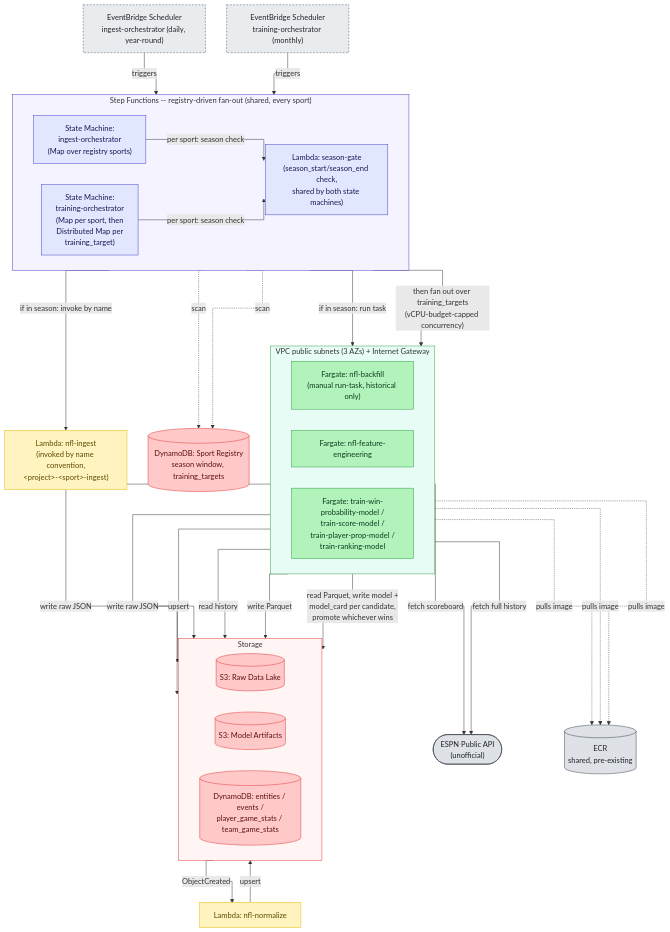
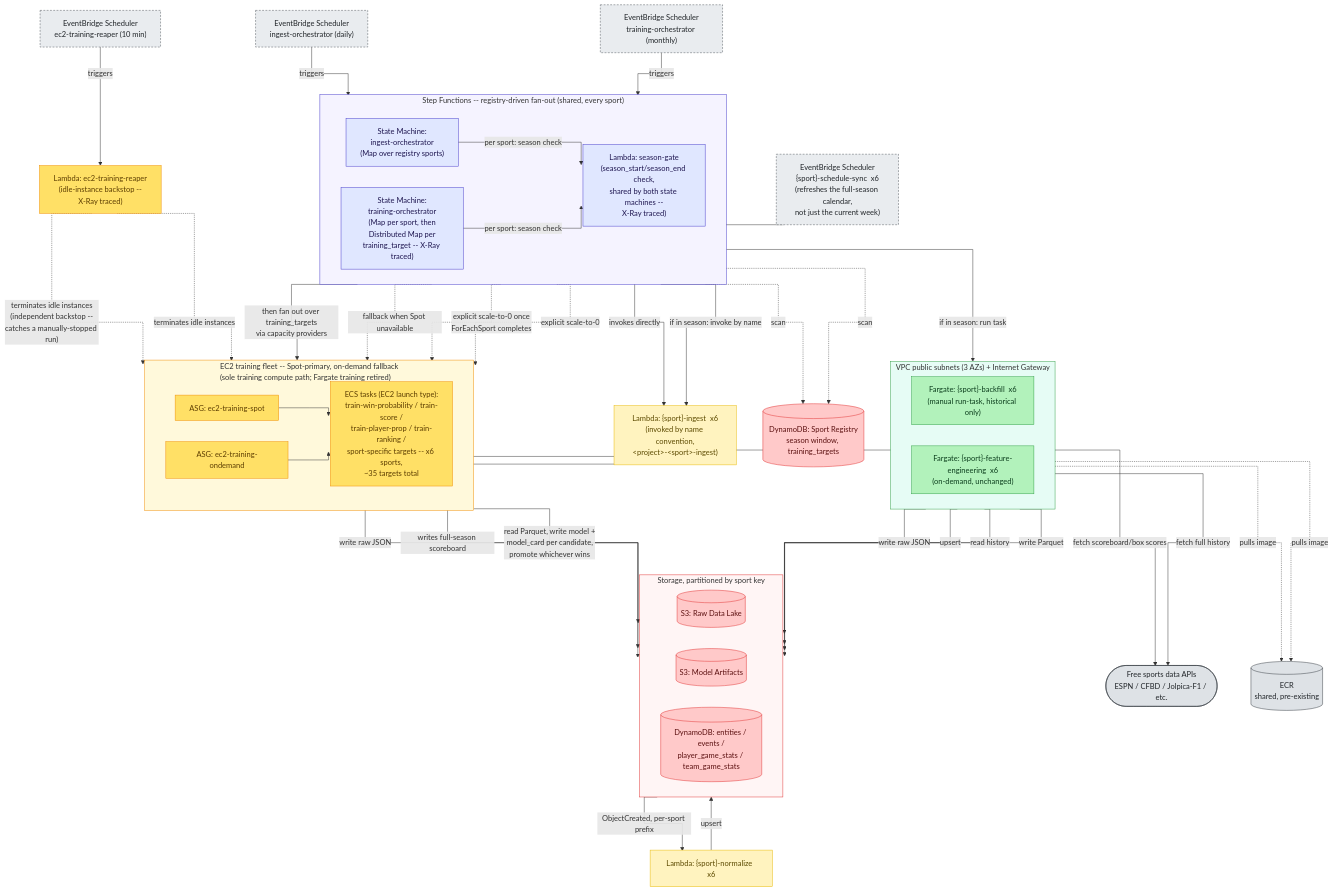
Before and after one commit to Programming-For-the-Community/sports-predictor: the diagram in design/AWS_ARCHITECTURE_PIPELINE.mmd, drawn with Mermaid. The commit also changed 20 other files, not shown here.

```diff
--- a/design/AWS_ARCHITECTURE_PIPELINE.mmd
+++ b/design/AWS_ARCHITECTURE_PIPELINE.mmd
@@ -1,90 +1,115 @@
 %%{init: {'flowchart': {'curve': 'stepAfter', 'nodeSpacing': 45, 'rankSpacing': 65}}}%%
-%% sports-predictor -- scheduled data pipeline (NFL, Phase 1 adapter shown;
-%% ingest/training ORCHESTRATION itself is shared/registry-driven across
-%% every onboarded sport as of Phase 4, pulled forward ahead of Phase 2/3 --
-%% see design/PROJECT_PLAN.md's Phase 4 section and sfn-ingest-orchestrator.tf
-%% / sfn-training-orchestrator.tf). Companion diagram
-%% design/AWS_ARCHITECTURE.mmd covers the client request path. See
-%% docs/AWS_ARCHITECTURE.md for the full walkthrough and legend -- this
+%% sports-predictor -- scheduled data pipeline, registry-driven and shared
+%% across every onboarded sport (NFL, NCAA FB, NBA, NCAA MBB, PGA Tour, F1
+%% -- all 6 flow through both orchestrators identically, so per-sport
+%% Lambdas/tasks are drawn once per TYPE with a "x6" annotation rather
+%% than 36 near-identical nodes). Companion diagrams:
+%% design/AWS_ARCHITECTURE.mmd (client request path),
+%% design/AWS_ARCHITECTURE_OBSERVABILITY.mmd (dashboards/alarms/tracing).
+%% See docs/AWS_ARCHITECTURE.md for the full walkthrough and legend -- this
 %% file is the single source of truth for this diagram; the doc links here
 %% and embeds a generated image rather than duplicating this source
 %% (regenerate the image after editing this file -- see the doc's own
 %% comment for the exact command).
 %% Solid arrows = data flow / invocation. Dotted arrows = supporting,
-%% non-data-flow dependency (container image pull, registry read).
+%% non-data-flow dependency (container image pull, registry read, scale-
+%% down/reap action).
 flowchart TD
-    SCHIN["EventBridge Scheduler<br/>ingest-orchestrator (daily, year-round)"]
+    SCHIN["EventBridge Scheduler<br/>ingest-orchestrator (daily)"]
     SCHTRAIN["EventBridge Scheduler<br/>training-orchestrator (monthly)"]
+    SCHSYNC["EventBridge Scheduler<br/>{sport}-schedule-sync  x6<br/>(refreshes the full-season calendar,<br/>not just the current week)"]
+    SCHREAP["EventBridge Scheduler<br/>ec2-training-reaper (10 min)"]
     REG[("DynamoDB: Sport Registry<br/>season window, training_targets")]
 
     subgraph SFNBox["Step Functions -- registry-driven fan-out (shared, every sport)"]
         direction LR
         SFNINGEST["State Machine:<br/>ingest-orchestrator<br/>(Map over registry sports)"]
-        SFNTRAIN["State Machine:<br/>training-orchestrator<br/>(Map per sport, then<br/>Distributed Map per<br/>training_target)"]
-        SEASONGATE["Lambda: season-gate<br/>(season_start/season_end check,<br/>shared by both state machines)"]
+        SFNTRAIN["State Machine:<br/>training-orchestrator<br/>(Map per sport, then<br/>Distributed Map per<br/>training_target -- X-Ray traced)"]
+        SEASONGATE["Lambda: season-gate<br/>(season_start/season_end check,<br/>shared by both state machines --<br/>X-Ray traced)"]
     end
 
-    INGEST["Lambda: nfl-ingest<br/>(invoked by name convention,<br/>&lt;project&gt;-&lt;sport&gt;-ingest)"]
-    NORMALIZE["Lambda: nfl-normalize"]
-    ESPN(["ESPN Public API<br/>(unofficial)"])
+    INGEST["Lambda: {sport}-ingest  x6<br/>(invoked by name convention,<br/>&lt;project&gt;-&lt;sport&gt;-ingest)"]
+    NORMALIZE["Lambda: {sport}-normalize  x6"]
+    SRC(["Free sports data APIs<br/>ESPN / CFBD / Jolpica-F1 / etc."])
     ECR[("ECR<br/>shared, pre-existing")]
 
     subgraph PubSub["VPC public subnets (3 AZs) + Internet Gateway"]
         direction LR
-        BACKFILL["Fargate: nfl-backfill<br/>(manual run-task, historical only)"]
-        FEAT["Fargate: nfl-feature-engineering"]
-        TRAIN["Fargate: train-win-probability-model /<br/>train-score-model /<br/>train-player-prop-model /<br/>train-ranking-model"]
+        BACKFILL["Fargate: {sport}-backfill  x6<br/>(manual run-task, historical only)"]
+        FEAT["Fargate: {sport}-feature-engineering  x6<br/>(on-demand, unchanged)"]
     end
 
-    subgraph StorageBox["Storage"]
+    subgraph EC2Box["EC2 training fleet -- Spot-primary, on-demand fallback<br/>(sole training compute path; Fargate training retired)"]
+        direction LR
+        ASGSPOT["ASG: ec2-training-spot"]
+        ASGOND["ASG: ec2-training-ondemand"]
+        TRAIN["ECS tasks (EC2 launch type):<br/>train-win-probability / train-score /<br/>train-player-prop / train-ranking /<br/>sport-specific targets -- x6 sports,<br/>~35 targets total"]
+    end
+    REAPER["Lambda: ec2-training-reaper<br/>(idle-instance backstop --<br/>X-Ray traced)"]
+
+    subgraph StorageBox["Storage, partitioned by sport key"]
         direction LR
         S3RAW[("S3: Raw Data Lake")]
         S3MODEL[("S3: Model Artifacts")]
         DDBCORE[("DynamoDB: entities / events /<br/>player_game_stats / team_game_stats")]
     end
 
     %% ---- Scheduled ingestion, registry-driven ----
     SCHIN -->|"triggers"| SFNINGEST
     SFNINGEST -.->|"scan"| REG
     SFNINGEST -->|"per sport: season check"| SEASONGATE
     SFNINGEST -->|"if in season: invoke by name"| INGEST
-    INGEST -->|"fetch scoreboard"| ESPN
+    INGEST -->|"fetch scoreboard/box scores"| SRC
     INGEST -->|"write raw JSON"| S3RAW
-    S3RAW -->|"ObjectCreated"| NORMALIZE
+    S3RAW -->|"ObjectCreated, per-sport prefix"| NORMALIZE
     NORMALIZE -->|"upsert"| DDBCORE
 
+    %% ---- Full-season schedule refresh, independent of daily ingest ----
+    SCHSYNC -->|"invokes directly"| INGEST
+    INGEST -->|"writes full-season scoreboard"| S3RAW
+
     %% ---- One-time historical backfill (unchanged, still manual) ----
-    BACKFILL -->|"fetch full history"| ESPN
+    BACKFILL -->|"fetch full history"| SRC
     BACKFILL -->|"write raw JSON"| S3RAW
     BACKFILL -->|"upsert"| DDBCORE
     BACKFILL -.->|"pulls image"| ECR
 
     %% ---- Scheduled training, registry-driven ----
     SCHTRAIN -->|"triggers"| SFNTRAIN
     SFNTRAIN -.->|"scan"| REG
     SFNTRAIN -->|"per sport: season check"| SEASONGATE
     SFNTRAIN -->|"if in season: run task"| FEAT
     FEAT -->|"read history"| DDBCORE
     FEAT -->|"write Parquet"| S3MODEL
-    SFNTRAIN -->|"then fan out over training_targets<br/>(vCPU-budget-capped concurrency)"| TRAIN
+    SFNTRAIN -->|"then fan out over training_targets<br/>via capacity providers"| ASGSPOT
+    SFNTRAIN -.->|"fallback when Spot unavailable"| ASGOND
+    ASGSPOT --> TRAIN
+    ASGOND --> TRAIN
     TRAIN -->|"read Parquet, write model +<br/>model_card per candidate,<br/>promote whichever wins"| S3MODEL
+    SFNTRAIN -.->|"explicit scale-to-0 once<br/>ForEachSport completes"| ASGSPOT
+    SFNTRAIN -.->|"explicit scale-to-0"| ASGOND
+    SCHREAP -->|"triggers"| REAPER
+    REAPER -.->|"terminates idle instances<br/>(independent backstop --<br/>catches a manually-stopped run)"| ASGSPOT
+    REAPER -.->|"terminates idle instances"| ASGOND
     FEAT -.->|"pulls image"| ECR
-    TRAIN -.->|"pulls image"| ECR
 
     classDef pipelineCompute fill:#fff3bf,stroke:#e8b800,color:#5c4a00;
     classDef fargateCompute fill:#b2f2bb,stroke:#2f9e44,color:#0b3d1c;
+    classDef ec2Compute fill:#ffe066,stroke:#f08c00,color:#5c3d00;
     classDef storage fill:#ffc9c9,stroke:#e03131,color:#5c1111;
     classDef schedule fill:#e9ecef,stroke:#495057,color:#212529,stroke-dasharray: 4 3;
     classDef external fill:#dee2e6,stroke:#343a40,color:#212529;
     classDef orchestration fill:#e0e7ff,stroke:#4338ca,color:#1e1650;
 
-    class ESPN,ECR external;
+    class SRC,ECR external;
     class INGEST,NORMALIZE pipelineCompute;
-    class BACKFILL,FEAT,TRAIN fargateCompute;
+    class BACKFILL,FEAT fargateCompute;
+    class ASGSPOT,ASGOND,TRAIN,REAPER ec2Compute;
     class S3RAW,S3MODEL,DDBCORE,REG storage;
-    class SCHIN,SCHTRAIN schedule;
+    class SCHIN,SCHTRAIN,SCHSYNC,SCHREAP schedule;
     class SFNINGEST,SFNTRAIN,SEASONGATE orchestration;
 
     style PubSub fill:#e6fcf5,stroke:#2f9e44
+    style EC2Box fill:#fff9db,stroke:#f08c00
     style StorageBox fill:#fff5f5,stroke:#e03131
     style SFNBox fill:#f5f3ff,stroke:#4338ca
```
